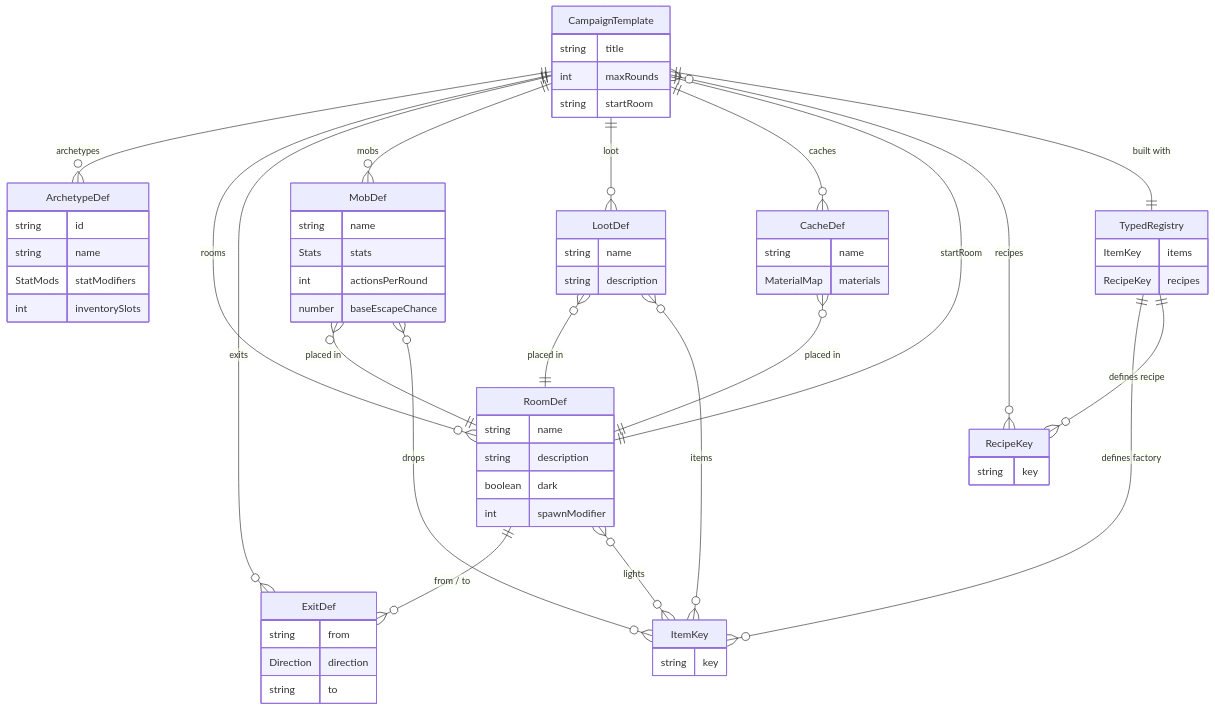
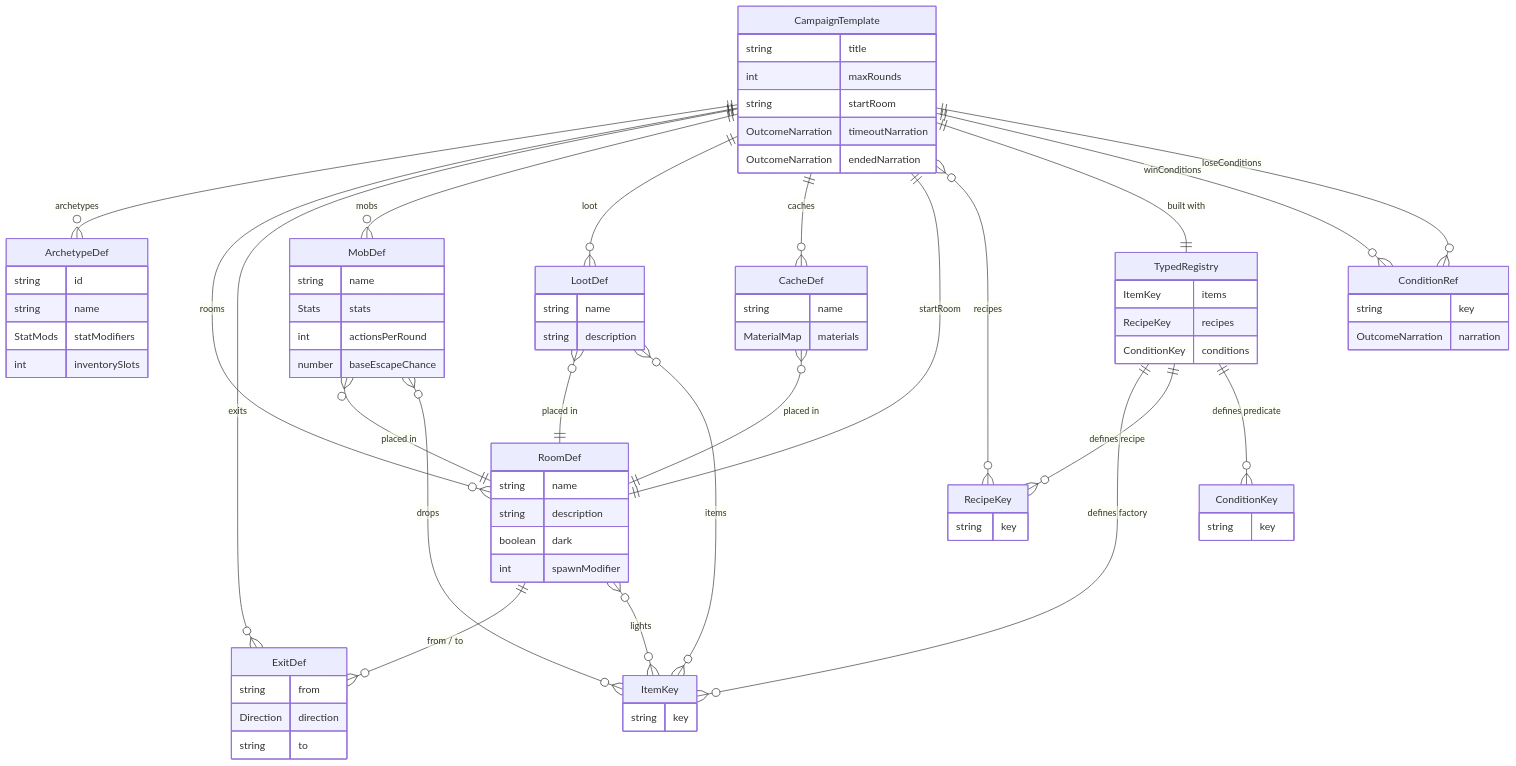
Before and after one commit to daniel0mullins/WickedWays: the first of 2 diagrams in docs-site/guide/data-model.md, drawn with Mermaid. The commit also changed other lines of this file and 2 other files, not shown here.

Commit message:
docs(victory): mechanics section, data-model diagrams, and integration test

````diff
--- a/docs-site/guide/data-model.md
+++ b/docs-site/guide/data-model.md
@@ -33,6 +33,8 @@
     CampaignTemplate ||--|| RoomDef : startRoom
     CampaignTemplate }o--o{ RecipeKey : recipes
     CampaignTemplate ||--|| TypedRegistry : "built with"
+    CampaignTemplate ||--o{ ConditionRef : winConditions
+    CampaignTemplate ||--o{ ConditionRef : loseConditions
 
     RoomDef ||--o{ ExitDef : "from / to"
     MobDef }o--|| RoomDef : "placed in"
@@ -45,11 +47,14 @@
 
     TypedRegistry ||--o{ ItemKey : "defines factory"
     TypedRegistry ||--o{ RecipeKey : "defines recipe"
+    TypedRegistry ||--o{ ConditionKey : "defines predicate"
 
     CampaignTemplate {
         string title
         int maxRounds
         string startRoom
+        OutcomeNarration timeoutNarration
+        OutcomeNarration endedNarration
     }
     ArchetypeDef {
         string id
@@ -85,6 +90,7 @@
     TypedRegistry {
         ItemKey items
         RecipeKey recipes
+        ConditionKey conditions
     }
     ItemKey {
         string key
@@ -92,4 +98,11 @@
     RecipeKey {
         string key
     }
+    ConditionKey {
+        string key
+    }
+    ConditionRef {
+        string key
+        OutcomeNarration narration
+    }
 ```
````
